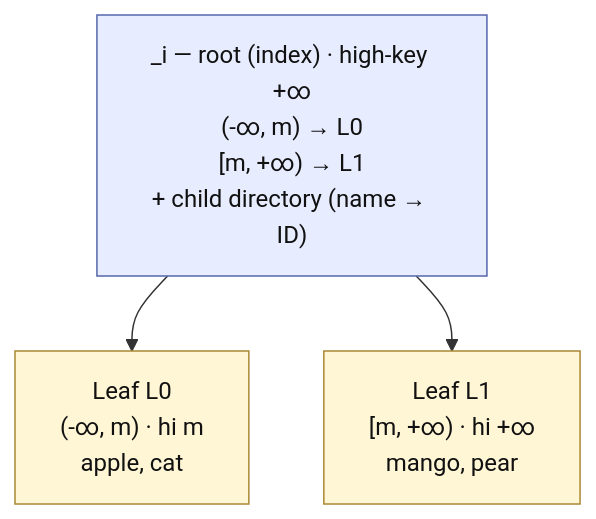
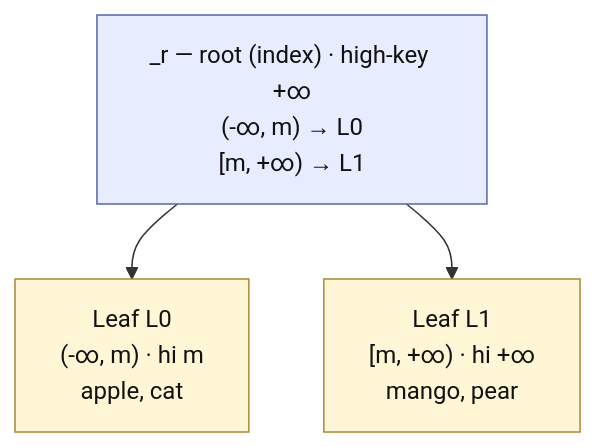
One commit to mbrt/glassdb-rs changed the second of 5 diagrams in docs/designs/dynamic-range-sharding.md. Above: the diagram before and after it, drawn with Mermaid. The commit also changed other lines of this file and 33 other files, not shown here.

````diff
--- a/docs/designs/dynamic-range-sharding.md
+++ b/docs/designs/dynamic-range-sharding.md
@@ -150,11 +155,11 @@
 ```mermaid
 graph TD
-    Root["_i — root (index) · high-key +∞<br/>(-∞, m) → L0<br/>[m, +∞) → L1<br/>+ child directory (name → ID)"]
+    Root["_r — root (index) · high-key +∞<br/>(-∞, m) → L0<br/>[m, +∞) → L1"]
     Root --> L0["Leaf L0<br/>(-∞, m) · hi m<br/>apple, cat"]
     Root --> L1["Leaf L1<br/>[m, +∞) · hi +∞<br/>mango, pear"]
 
     classDef root fill:#e8ecff,stroke:#5566aa,color:#111
     classDef leaf fill:#fff6d5,stroke:#aa8833,color:#111
     class Root root
     class L0,L1 leaf
 ```
````
